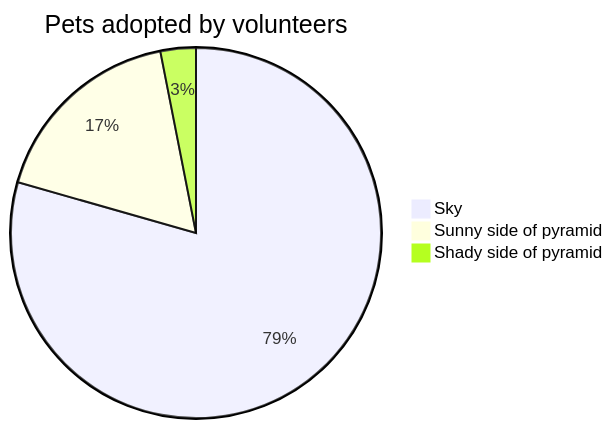
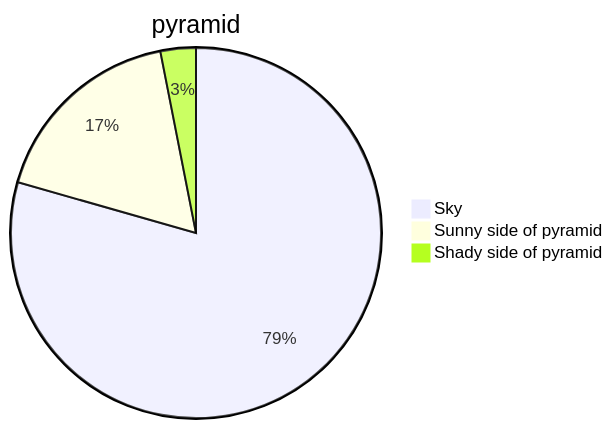
The third of 3 diagrams in README.md (pome-ta/draftPythonistaScripts), drawn with Mermaid before and after one commit.

Commit message:
pie title

````diff
--- a/README.md
+++ b/README.md
@@ -28,6 +28,6 @@
 ```mermaid
-pie title Pets adopted by volunteers
+pie title pyramid
     "Sky" : 386
     "Sunny side of pyramid" : 85
     "Shady side of pyramid" : 15
 ```
````
